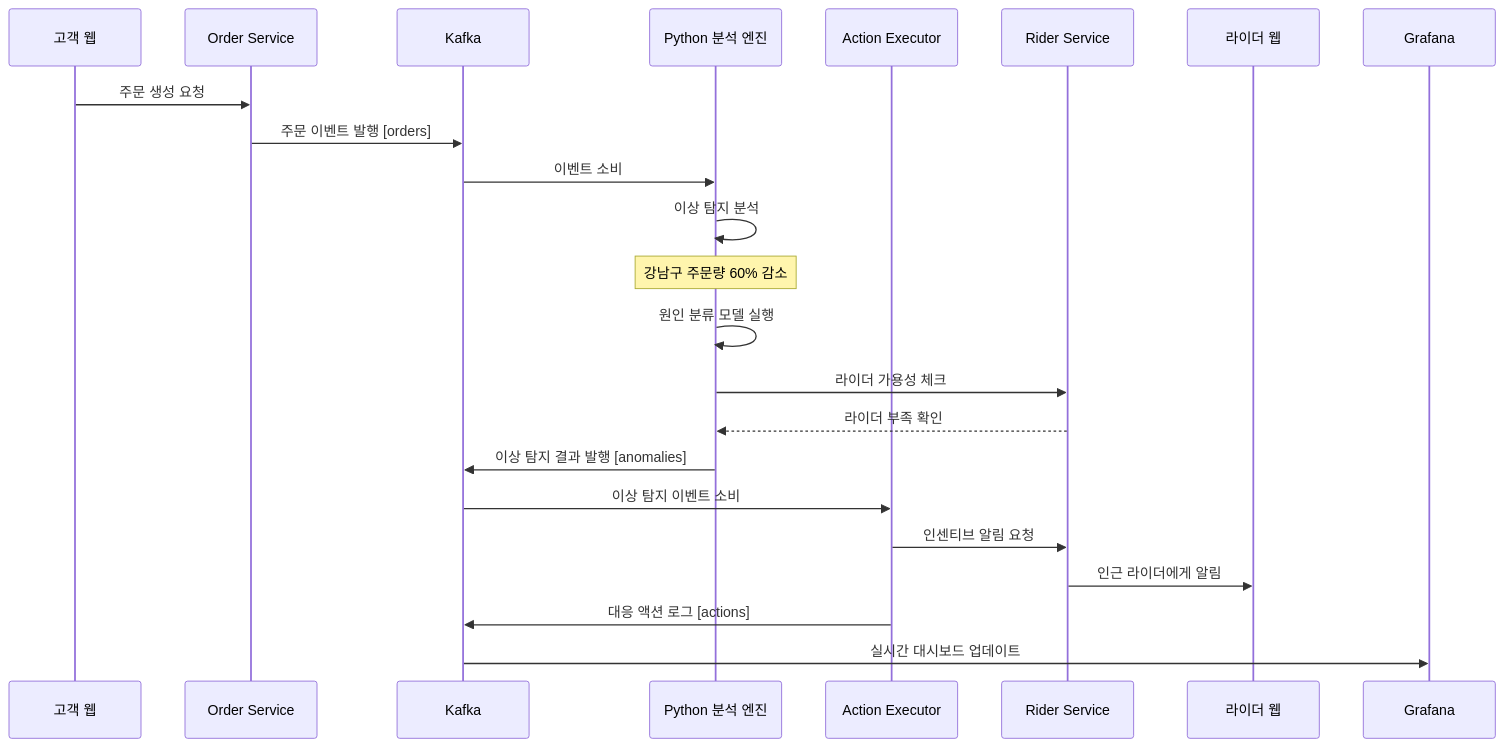
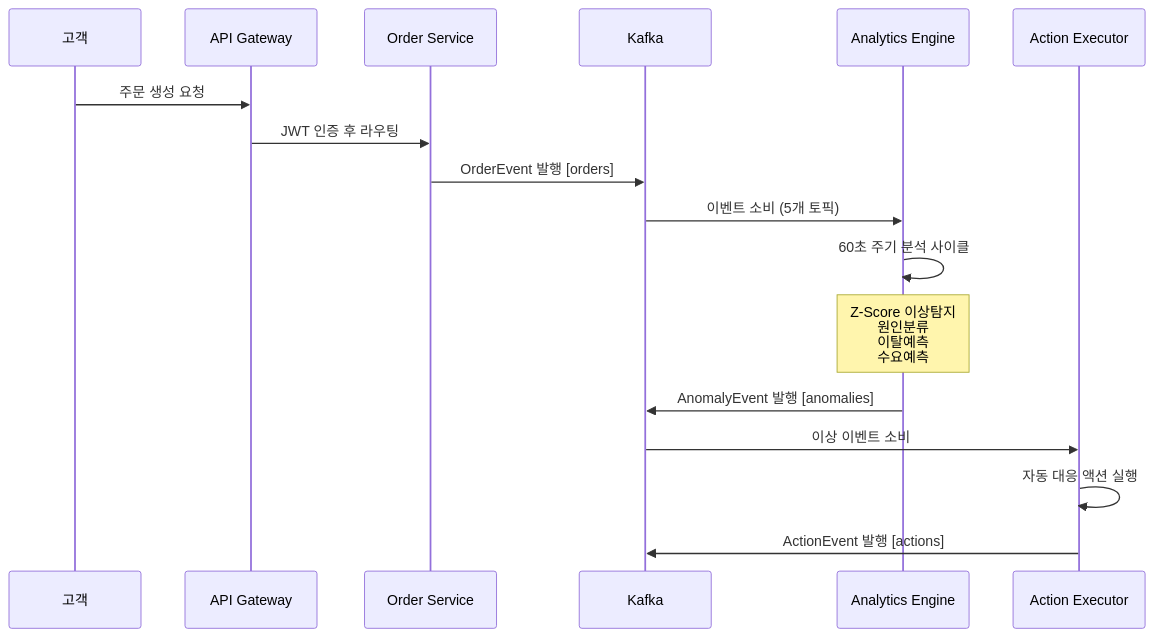
The diagram in README.md (lima1016/OrderSense), drawn with Mermaid before and after one commit. The commit also changed other lines of this file and 18 other files, not shown here.

````diff
--- a/README.md
+++ b/README.md
@@ -49,31 +64,20 @@
 ```mermaid
 sequenceDiagram
-    participant CW as 고객 웹
+    participant C as 고객
+    participant GW as API Gateway
     participant OS as Order Service
     participant K as Kafka
-    participant PY as Python 분석 엔진
-    participant AE as Action Executor
-    participant RS as Rider Service
-    participant RW as 라이더 웹
-    participant G as Grafana
+    participant AE as Analytics Engine
+    participant AX as Action Executor
 
-    CW->>OS: 주문 생성 요청
-    OS->>K: 주문 이벤트 발행 [orders]
-    K->>PY: 이벤트 소비
-
-    PY->>PY: 이상 탐지 분석
-    Note over PY: 강남구 주문량 60% 감소
-
-    PY->>PY: 원인 분류 모델 실행
-    PY->>RS: 라이더 가용성 체크
-    RS-->>PY: 라이더 부족 확인
-
-    PY->>K: 이상 탐지 결과 발행 [anomalies]
-    K->>AE: 이상 탐지 이벤트 소비
-
-    AE->>RS: 인센티브 알림 요청
-    RS->>RW: 인근 라이더에게 알림
-
-    AE->>K: 대응 액션 로그 [actions]
-    K->>G: 실시간 대시보드 업데이트
+    C->>GW: 주문 생성 요청
+    GW->>OS: JWT 인증 후 라우팅
+    OS->>K: OrderEvent 발행 [orders]
+    K->>AE: 이벤트 소비 (5개 토픽)
+    AE->>AE: 60초 주기 분석 사이클
+    Note over AE: Z-Score 이상탐지<br/>원인분류<br/>이탈예측<br/>수요예측
+    AE->>K: AnomalyEvent 발행 [anomalies]
+    K->>AX: 이상 이벤트 소비
+    AX->>AX: 자동 대응 액션 실행
+    AX->>K: ActionEvent 발행 [actions]
 ```
````
